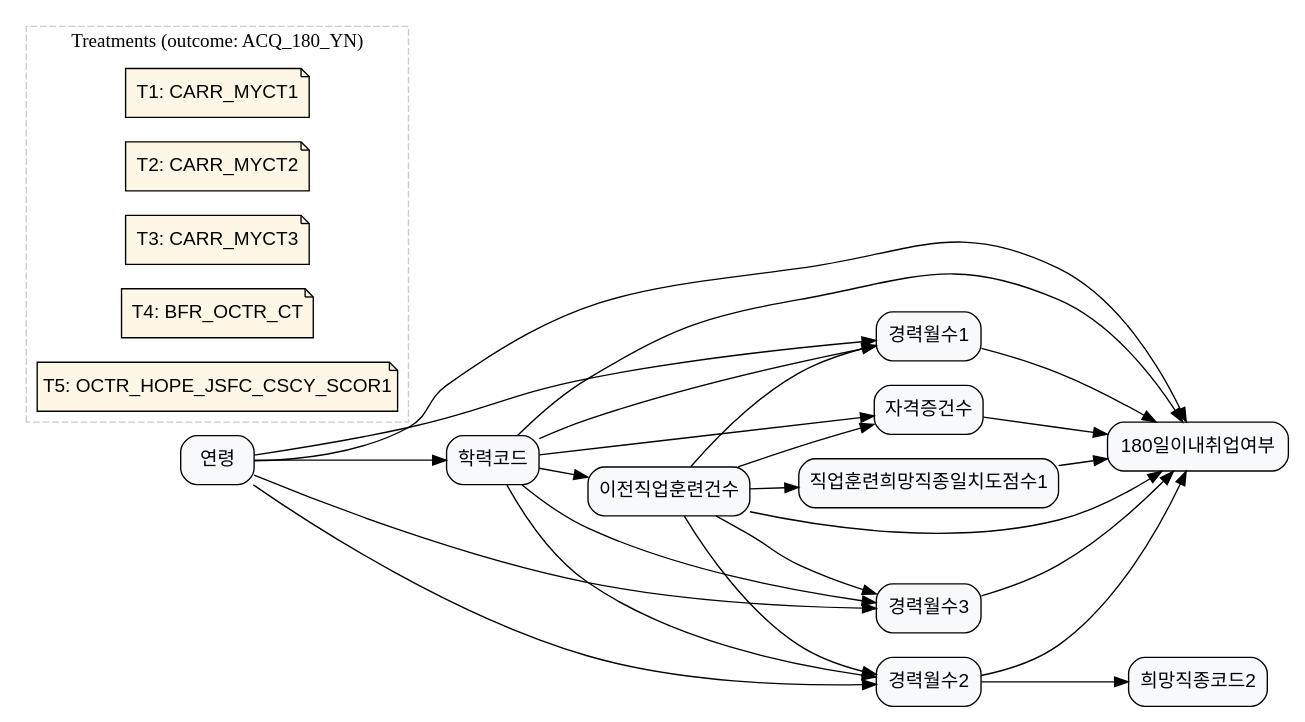
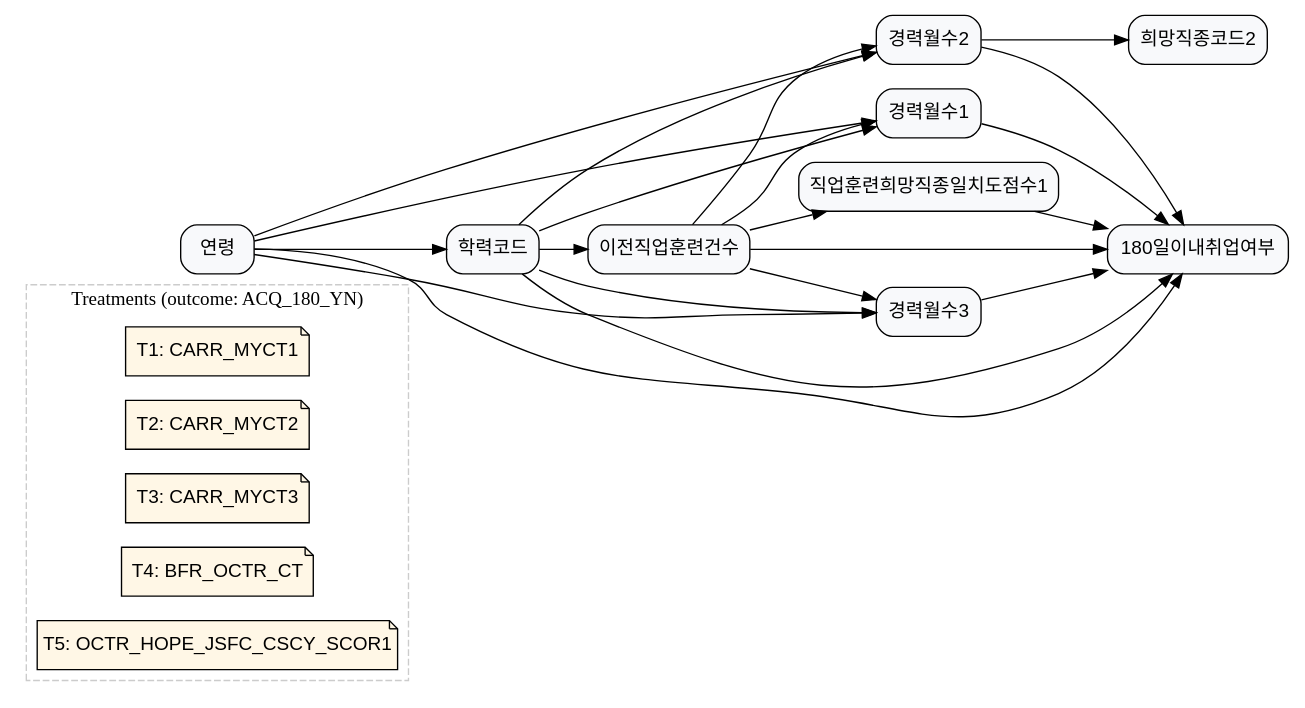
Before and after one commit to KU-LIM-Lab/dowhy-deep: the diagram in laborlab_2/data/graph_data/graph_5.dot, drawn with Graphviz. The commit also changed 79 other files, not shown here.

Commit message:
graph real real final really sorry bro들

```diff
--- a/laborlab_2/data/graph_data/graph_5.dot
+++ b/laborlab_2/data/graph_data/graph_5.dot
@@ -1,49 +1,78 @@
 digraph G {
-rankdir=LR;
-node [fillcolor="#F8F9FB", fontname="Helvetica", shape=box, style="rounded,filled"];
-ACQ_180_YN [label="180일이내취업여부"];
-CARR_MYCT1 [label="경력월수1"];
-CARR_MYCT2 [label="경력월수2"];
-CARR_MYCT3 [label="경력월수3"];
-BFR_OCTR_CT [label="이전직업훈련건수"];
-OCTR_HOPE_JSFC_CSCY_SCOR1 [label="직업훈련희망직종일치도점수1"];
-CRQF_CT [label="자격증건수"];
-AGE [label="연령"];
-ACCR_CD [label="학력코드"];
-HOPE_JSCD2 [label="희망직종코드2"];
-AGE -> ACCR_CD;
-AGE -> CARR_MYCT1;
-AGE -> CARR_MYCT2;
-AGE -> CARR_MYCT3;
-ACCR_CD -> CARR_MYCT1;
-ACCR_CD -> CARR_MYCT2;
-ACCR_CD -> CARR_MYCT3;
-ACCR_CD -> BFR_OCTR_CT;
-ACCR_CD -> CRQF_CT;
-BFR_OCTR_CT -> CARR_MYCT1;
-BFR_OCTR_CT -> CARR_MYCT2;
-BFR_OCTR_CT -> CARR_MYCT3;
-BFR_OCTR_CT -> CRQF_CT;
-BFR_OCTR_CT -> OCTR_HOPE_JSFC_CSCY_SCOR1;
-CARR_MYCT2 -> HOPE_JSCD2;
-CARR_MYCT1 -> ACQ_180_YN;
-CARR_MYCT2 -> ACQ_180_YN;
-CARR_MYCT3 -> ACQ_180_YN;
-BFR_OCTR_CT -> ACQ_180_YN;
-CRQF_CT -> ACQ_180_YN;
-OCTR_HOPE_JSFC_CSCY_SCOR1 -> ACQ_180_YN;
-ACCR_CD -> ACQ_180_YN;
-AGE -> ACQ_180_YN;
-subgraph cluster_treatments {
-color="#CCCCCC";
-label="Treatments (outcome: ACQ_180_YN)";
-style=dashed;
-node [fillcolor="#FFF7E6", fontname="Helvetica", shape=note, style="rounded,filled"];
-T1 [label="T1: CARR_MYCT1", role="treatment_meta", treatment_def="희망직종1 경력월수 수준 차이의 효과", treatment_name="CARR_MYCT1", treatment_question="희망직종1 경력이 긴 사람과 짧은 사람의 6개월 내 취업 확률 차이?", treatment_var="CARR_MYCT1"];
-T2 [label="T2: CARR_MYCT2", role="treatment_meta", treatment_def="희망직종2 경력월수 수준 차이의 효과", treatment_name="CARR_MYCT2", treatment_question="희망직종2 경력이 긴 사람과 짧은 사람의 6개월 내 취업 확률 차이?", treatment_var="CARR_MYCT2"];
-T3 [label="T3: CARR_MYCT3", role="treatment_meta", treatment_def="희망직종3 경력월수 수준 차이의 효과", treatment_name="CARR_MYCT3", treatment_question="희망직종3 경력이 긴 사람과 짧은 사람의 6개월 내 취업 확률 차이?", treatment_var="CARR_MYCT3"];
-T4 [label="T4: BFR_OCTR_CT", role="treatment_meta", treatment_def="이전직업훈련건수 수준 차이의 효과", treatment_name="BFR_OCTR_CT", treatment_question="이전 직업훈련을 많이 받은 사람과 적게 받은 사람의 6개월 내 취업 확률 차이?", treatment_var="BFR_OCTR_CT"];
-T5 [label="T5: OCTR_HOPE_JSFC_CSCY_SCOR1", role="treatment_meta", treatment_def="훈련-희망직종 일치도 점수 수준 차이의 효과", treatment_name="OCTR_HOPE_JSFC_CSCY_SCOR1", treatment_question="훈련과 희망직종의 일치도가 높은 사람과 낮은 사람의 6개월 내 취업 확률 차이?", treatment_var="OCTR_HOPE_JSFC_CSCY_SCOR1"];
+	graph [rankdir=LR];
+	node [fillcolor="#F8F9FB",
+		fontname=Helvetica,
+		shape=box,
+		style="rounded,filled"
+	];
+	subgraph cluster_treatments {
+		graph [color="#CCCCCC",
+			label="Treatments (outcome: ACQ_180_YN)",
+			style=dashed
+		];
+		node [fillcolor="#FFF7E6",
+			fontname=Helvetica,
+			shape=note,
+			style="rounded,filled"
+		];
+		T1	[label="T1: CARR_MYCT1",
+			role=treatment_meta,
+			treatment_def="희망직종1 경력월수 수준 차이의 효과",
+			treatment_name=CARR_MYCT1,
+			treatment_question="희망직종1 경력이 긴 사람과 짧은 사람의 6개월 내 취업 확률 차이?",
+			treatment_var=CARR_MYCT1];
+		T2	[label="T2: CARR_MYCT2",
+			role=treatment_meta,
+			treatment_def="희망직종2 경력월수 수준 차이의 효과",
+			treatment_name=CARR_MYCT2,
+			treatment_question="희망직종2 경력이 긴 사람과 짧은 사람의 6개월 내 취업 확률 차이?",
+			treatment_var=CARR_MYCT2];
+		T3	[label="T3: CARR_MYCT3",
+			role=treatment_meta,
+			treatment_def="희망직종3 경력월수 수준 차이의 효과",
+			treatment_name=CARR_MYCT3,
+			treatment_question="희망직종3 경력이 긴 사람과 짧은 사람의 6개월 내 취업 확률 차이?",
+			treatment_var=CARR_MYCT3];
+		T4	[label="T4: BFR_OCTR_CT",
+			role=treatment_meta,
+			treatment_def="이전직업훈련건수 수준 차이의 효과",
+			treatment_name=BFR_OCTR_CT,
+			treatment_question="이전 직업훈련을 많이 받은 사람과 적게 받은 사람의 6개월 내 취업 확률 차이?",
+			treatment_var=BFR_OCTR_CT];
+		T5	[label="T5: OCTR_HOPE_JSFC_CSCY_SCOR1",
+			role=treatment_meta,
+			treatment_def="훈련-희망직종 일치도 점수 수준 차이의 효과",
+			treatment_name=OCTR_HOPE_JSFC_CSCY_SCOR1,
+			treatment_question="훈련과 희망직종의 일치도가 높은 사람과 낮은 사람의 6개월 내 취업 확률 차이?",
+			treatment_var=OCTR_HOPE_JSFC_CSCY_SCOR1];
+	}
+	ACQ_180_YN	[label="180일이내취업여부"];
+	CARR_MYCT1	[label=경력월수1];
+	CARR_MYCT1 -> ACQ_180_YN;
+	CARR_MYCT2	[label=경력월수2];
+	CARR_MYCT2 -> ACQ_180_YN;
+	HOPE_JSCD2	[label=희망직종코드2];
+	CARR_MYCT2 -> HOPE_JSCD2;
+	CARR_MYCT3	[label=경력월수3];
+	CARR_MYCT3 -> ACQ_180_YN;
+	BFR_OCTR_CT	[label=이전직업훈련건수];
+	BFR_OCTR_CT -> ACQ_180_YN;
+	BFR_OCTR_CT -> CARR_MYCT1;
+	BFR_OCTR_CT -> CARR_MYCT2;
+	BFR_OCTR_CT -> CARR_MYCT3;
+	OCTR_HOPE_JSFC_CSCY_SCOR1	[label=직업훈련희망직종일치도점수1];
+	BFR_OCTR_CT -> OCTR_HOPE_JSFC_CSCY_SCOR1;
+	OCTR_HOPE_JSFC_CSCY_SCOR1 -> ACQ_180_YN;
+	AGE	[label=연령];
+	AGE -> ACQ_180_YN;
+	AGE -> CARR_MYCT1;
+	AGE -> CARR_MYCT2;
+	AGE -> CARR_MYCT3;
+	ACCR_CD	[label=학력코드];
+	AGE -> ACCR_CD;
+	ACCR_CD -> ACQ_180_YN;
+	ACCR_CD -> CARR_MYCT1;
+	ACCR_CD -> CARR_MYCT2;
+	ACCR_CD -> CARR_MYCT3;
+	ACCR_CD -> BFR_OCTR_CT;
 }
-
-}
```
